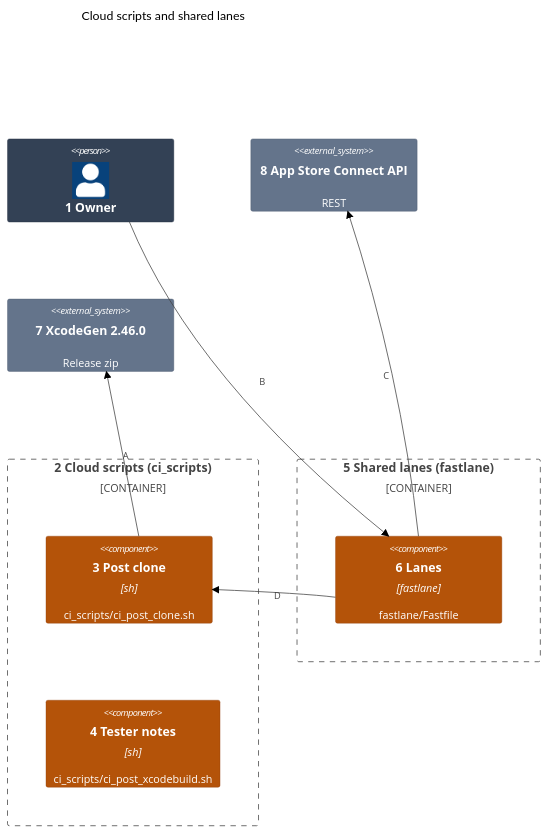
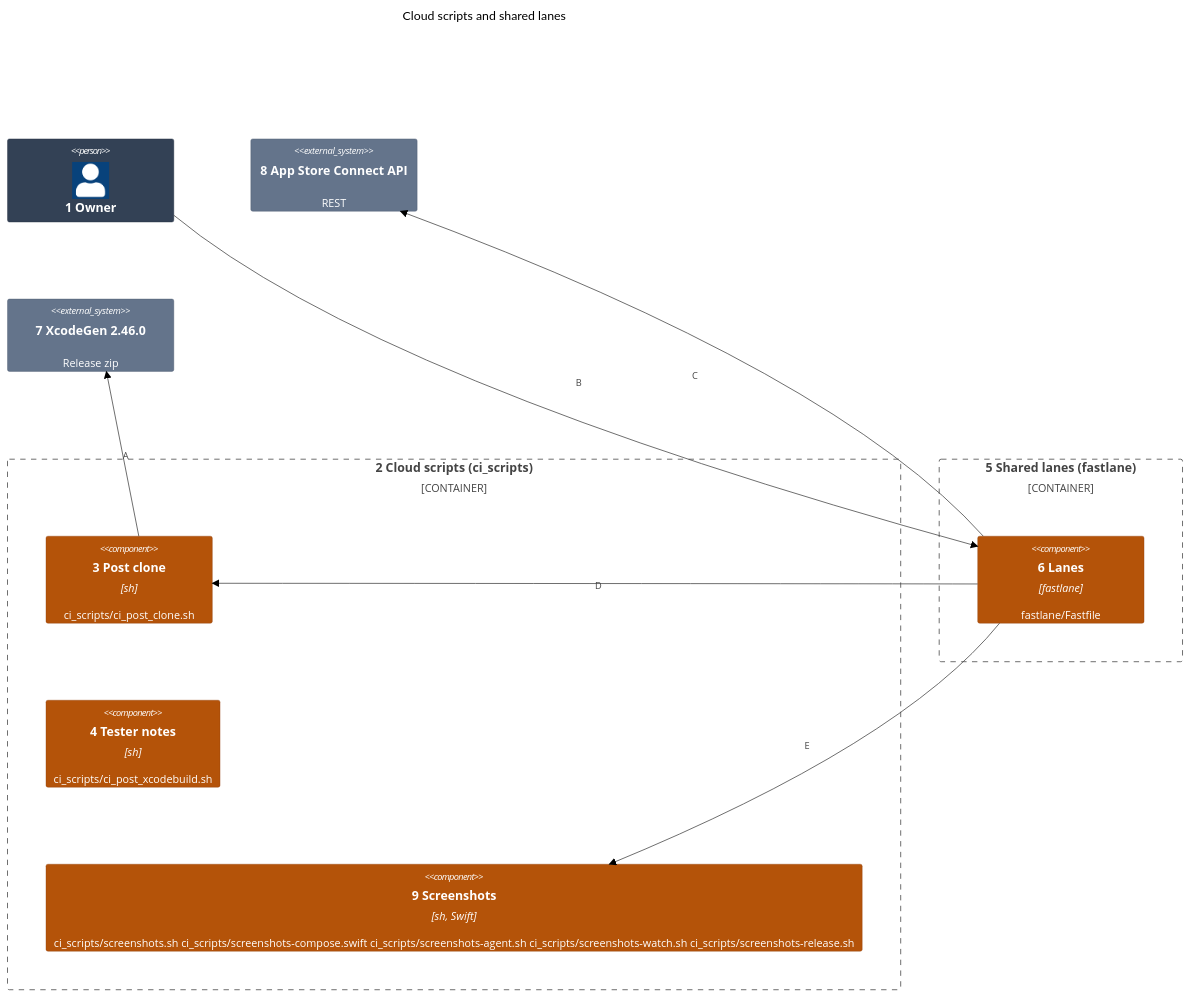
Before and after one commit to may-journal/xcode-tooling: the first of 2 diagrams in docs/architecture/03-components.md, drawn with Mermaid (forest theme). The commit also changed other lines of this file and 14 other files, not shown here.

First line of the commit message:
feat(screenshots): capture App Store screenshots for any app on change and release (#22)

````diff
--- a/docs/architecture/03-components.md
+++ b/docs/architecture/03-components.md
@@ -3,29 +3,32 @@
 ```mermaid
 C4Component
     title Cloud scripts and shared lanes
 
     Person(owner, "1 Owner")
     System_Ext(asc, "8 App Store Connect API", "REST")
     System_Ext(xcodegen, "7 XcodeGen 2.46.0", "Release zip")
 
     Container_Boundary(scripts, "2 Cloud scripts (ci_scripts)") {
         Component(clone, "3 Post clone", "sh", "ci_scripts/ci_post_clone.sh")
         Component(notes, "4 Tester notes", "sh", "ci_scripts/ci_post_xcodebuild.sh")
+        Component(shots, "9 Screenshots", "sh, Swift", "ci_scripts/screenshots.sh ci_scripts/screenshots-compose.swift ci_scripts/screenshots-agent.sh ci_scripts/screenshots-watch.sh ci_scripts/screenshots-release.sh")
     }
 
     Container_Boundary(lanes, "5 Shared lanes (fastlane)") {
         Component(fastfile, "6 Lanes", "fastlane", "fastlane/Fastfile")
     }
 
     Rel(clone, xcodegen, "A")
     Rel(owner, fastfile, "B")
     Rel(fastfile, asc, "C")
     Rel(fastfile, clone, "D")
+    Rel(fastfile, shots, "E")
 
     UpdateElementStyle(owner, $bgColor="#334155", $borderColor="#1e293b", $fontColor="#ffffff")
     UpdateElementStyle(clone, $bgColor="#b45309", $borderColor="#92400e", $fontColor="#ffffff")
     UpdateElementStyle(notes, $bgColor="#b45309", $borderColor="#92400e", $fontColor="#ffffff")
+    UpdateElementStyle(shots, $bgColor="#b45309", $borderColor="#92400e", $fontColor="#ffffff")
     UpdateElementStyle(fastfile, $bgColor="#b45309", $borderColor="#92400e", $fontColor="#ffffff")
     UpdateElementStyle(xcodegen, $bgColor="#64748b", $borderColor="#475569", $fontColor="#ffffff")
     UpdateElementStyle(asc, $bgColor="#64748b", $borderColor="#475569", $fontColor="#ffffff")
 ```
````
